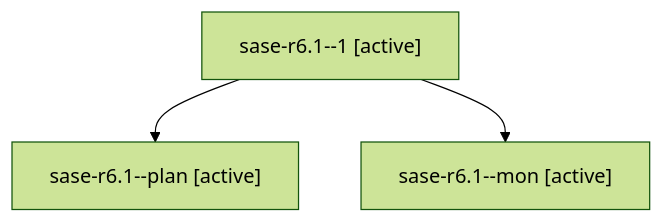
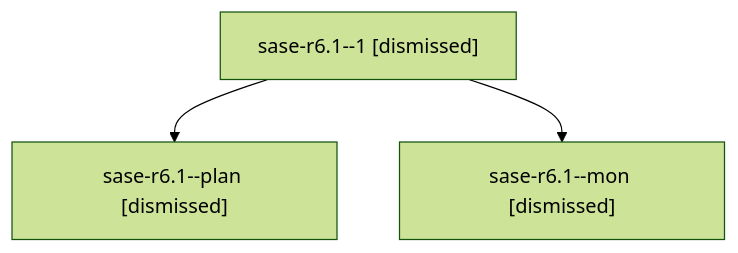
The diagram in sessions/bbugyi200.athena.sase-r6.1.md (sase-org/sase--agents), drawn with Mermaid (forest theme) before and after one commit. The commit also changed other lines of this file and 150 other files, not shown here.

````diff
--- a/sessions/bbugyi200.athena.sase-r6.1.md
+++ b/sessions/bbugyi200.athena.sase-r6.1.md
@@ -9,8 +9,8 @@
 ```mermaid
 flowchart TD
-  n0["sase-r6.1--1 [active]"]
-  n1["sase-r6.1--plan [active]"]
+  n0["sase-r6.1--1 [dismissed]"]
+  n1["sase-r6.1--plan [dismissed]"]
   n0 --> n1
-  n2["sase-r6.1--mon [active]"]
+  n2["sase-r6.1--mon [dismissed]"]
   n0 --> n2
 ```
````
